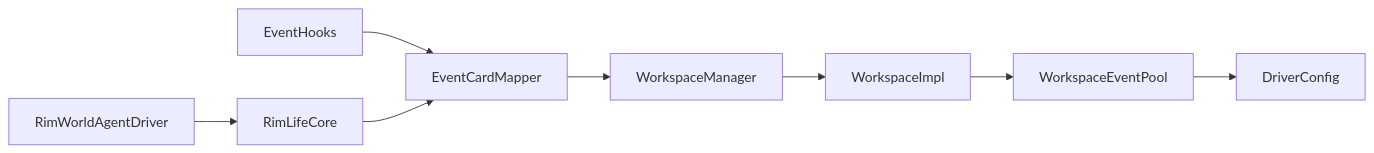
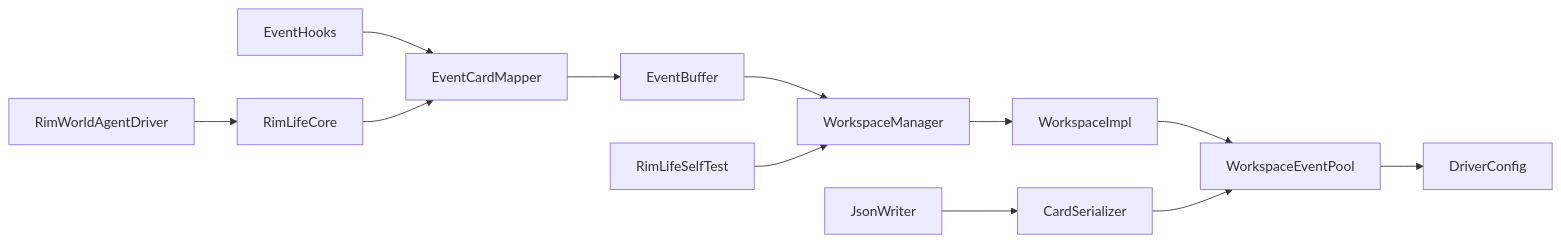
Before and after one commit to suzvka/RimLife: the eighth of 8 diagrams in .qoder/repowiki/zh/content/事件系统集成.md, drawn with Mermaid. The commit also changed other lines of this file and 19 other files, not shown here.

````diff
--- a/.qoder/repowiki/zh/content/事件系统集成.md
+++ b/.qoder/repowiki/zh/content/事件系统集成.md
@@ -356,10 +449,14 @@
 ```mermaid
 graph LR
 EH["EventHooks"] --> ECM["EventCardMapper"]
-ECM --> WM["WorkspaceManager"]
+ECM --> EBuf["EventBuffer"]
+EBuf --> WM["WorkspaceManager"]
 WM --> WSI["WorkspaceImpl"]
 WSI --> WEP["WorkspaceEventPool"]
 WEP --> DC["DriverConfig"]
 RWD["RimWorldAgentDriver"] --> RLC["RimLifeCore"]
 RLC --> ECM
+ST["RimLifeSelfTest"] --> WM
+JS["JsonWriter"] --> CS["CardSerializer"]
+CS --> WEP
 ```
````
